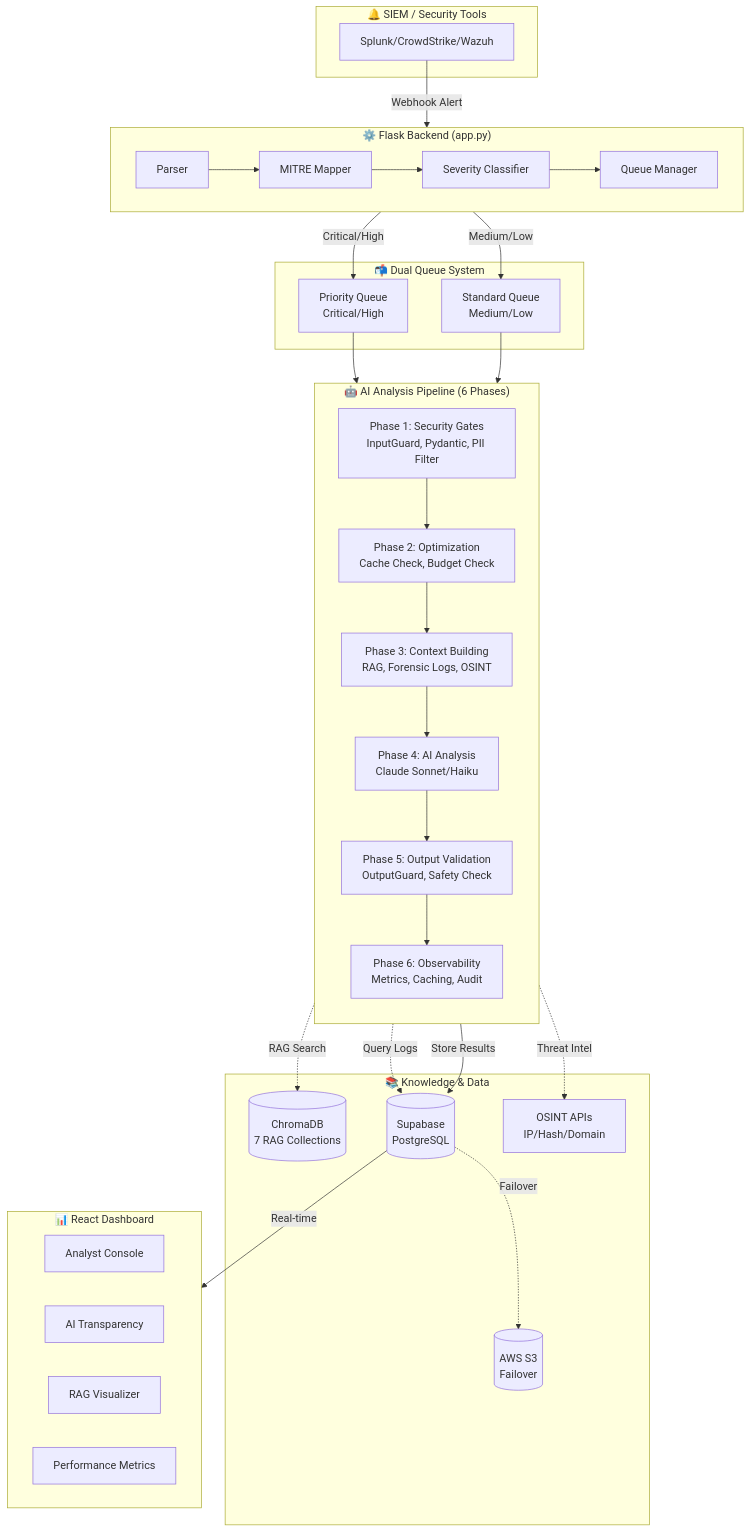
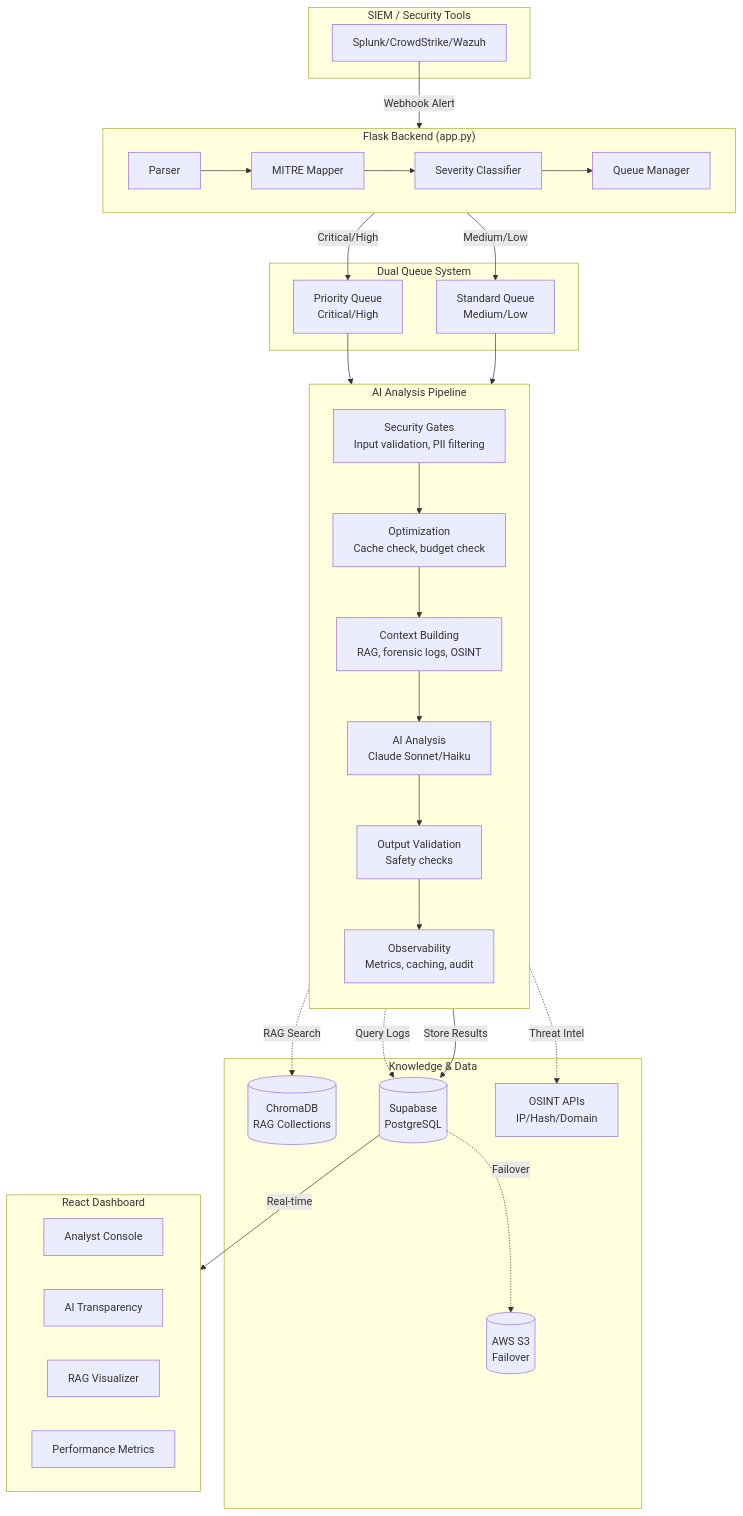
Before and after one commit to karanam61/LLM-watchdog-prototype: the diagram in README.md, drawn with Mermaid. The commit also changed other lines of this file and 56 other files, not shown here.

````diff
--- a/README.md
+++ b/README.md
@@ -35,57 +20,57 @@
 ```mermaid
 flowchart TB
-    subgraph SIEM["🔔 SIEM / Security Tools"]
+    subgraph SIEM["SIEM / Security Tools"]
         splunk[Splunk/CrowdStrike/Wazuh]
     end
 
-    subgraph Backend["⚙️ Flask Backend (app.py)"]
+    subgraph Backend["Flask Backend (app.py)"]
         direction LR
         parser[Parser]
         mitre[MITRE Mapper]
         severity[Severity Classifier]
         queue[Queue Manager]
         parser --> mitre --> severity --> queue
     end
 
-    subgraph Queues["📬 Dual Queue System"]
+    subgraph Queues["Dual Queue System"]
         priority[Priority Queue<br/>Critical/High]
         standard[Standard Queue<br/>Medium/Low]
     end
 
-    subgraph AI["🤖 AI Analysis Pipeline (6 Phases)"]
+    subgraph AI["AI Analysis Pipeline"]
         direction TB
-        phase1[Phase 1: Security Gates<br/>InputGuard, Pydantic, PII Filter]
-        phase2[Phase 2: Optimization<br/>Cache Check, Budget Check]
-        phase3[Phase 3: Context Building<br/>RAG, Forensic Logs, OSINT]
-        phase4[Phase 4: AI Analysis<br/>Claude Sonnet/Haiku]
-        phase5[Phase 5: Output Validation<br/>OutputGuard, Safety Check]
-        phase6[Phase 6: Observability<br/>Metrics, Caching, Audit]
+        phase1[Security Gates<br/>Input validation, PII filtering]
+        phase2[Optimization<br/>Cache check, budget check]
+        phase3[Context Building<br/>RAG, forensic logs, OSINT]
+        phase4[AI Analysis<br/>Claude Sonnet/Haiku]
+        phase5[Output Validation<br/>Safety checks]
+        phase6[Observability<br/>Metrics, caching, audit]
         phase1 --> phase2 --> phase3 --> phase4 --> phase5 --> phase6
     end
 
-    subgraph Knowledge["📚 Knowledge & Data"]
-        chromadb[(ChromaDB<br/>7 RAG Collections)]
+    subgraph Knowledge["Knowledge & Data"]
+        chromadb[(ChromaDB<br/>RAG Collections)]
         supabase[(Supabase<br/>PostgreSQL)]
         s3[(AWS S3<br/>Failover)]
         osint[OSINT APIs<br/>IP/Hash/Domain]
     end
 
-    subgraph Dashboard["📊 React Dashboard"]
+    subgraph Dashboard["React Dashboard"]
         analyst[Analyst Console]
         transparency[AI Transparency]
         rag_viz[RAG Visualizer]
         perf[Performance Metrics]
     end
 
     splunk -->|Webhook Alert| parser
     queue -->|Critical/High| priority
     queue -->|Medium/Low| standard
     priority --> phase1
     standard --> phase1
     phase3 -.->|Query Logs| supabase
     phase3 -.->|Threat Intel| osint
     phase3 -.->|RAG Search| chromadb
     phase6 -->|Store Results| supabase
     supabase -.->|Failover| s3
     supabase -->|Real-time| Dashboard
 ```
````
